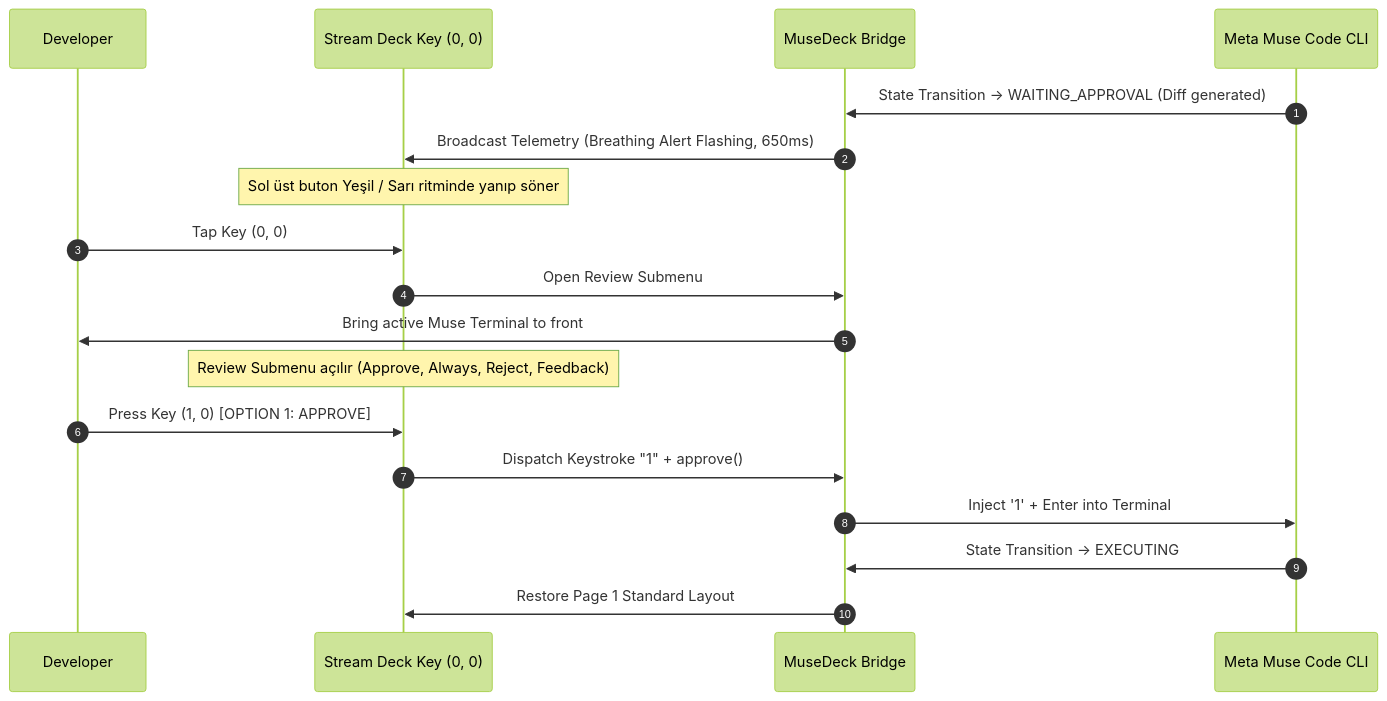
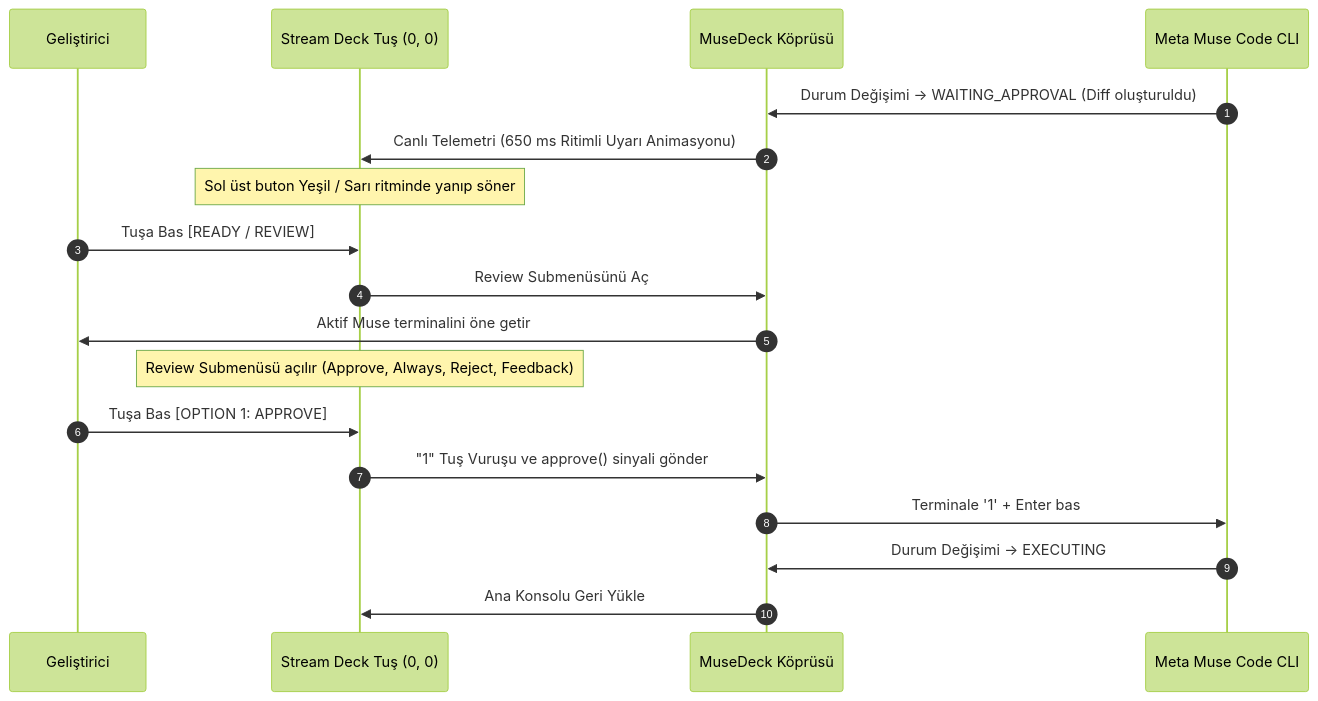
The third of 3 diagrams in README.md (memetcircus/musedeck), drawn with Mermaid (forest theme) before and after one commit. The commit also changed other lines of this file and 5 other files, not shown here.

Commit message:
docs: enrich README with full submenu guides, visual assets, and clean human-readable key table

````diff
--- a/README.md
+++ b/README.md
@@ -150,21 +236,21 @@
 ```mermaid
 sequenceDiagram
     autonumber
-    participant Dev as Developer
-    participant SD as Stream Deck Key (0, 0)
-    participant Server as MuseDeck Bridge
+    participant Dev as Geliştirici
+    participant SD as Stream Deck Tuş (0, 0)
+    participant Server as MuseDeck Köprüsü
     participant Muse as Meta Muse Code CLI
 
-    Muse->>Server: State Transition -> WAITING_APPROVAL (Diff generated)
-    Server->>SD: Broadcast Telemetry (Breathing Alert Flashing, 650ms)
+    Muse->>Server: Durum Değişimi -> WAITING_APPROVAL (Diff oluşturuldu)
+    Server->>SD: Canlı Telemetri (650 ms Ritimli Uyarı Animasyonu)
     Note over SD: Sol üst buton Yeşil / Sarı ritminde yanıp söner
-    Dev->>SD: Tap Key (0, 0)
-    SD->>Server: Open Review Submenu
-    Server->>Dev: Bring active Muse Terminal to front
-    Note over SD: Review Submenu açılır (Approve, Always, Reject, Feedback)
-    Dev->>SD: Press Key (1, 0) [OPTION 1: APPROVE]
-    SD->>Server: Dispatch Keystroke "1" + approve()
-    Server->>Muse: Inject '1' + Enter into Terminal
-    Muse->>Server: State Transition -> EXECUTING
-    Server->>SD: Restore Page 1 Standard Layout
+    Dev->>SD: Tuşa Bas [READY / REVIEW]
+    SD->>Server: Review Submenüsünü Aç
+    Server->>Dev: Aktif Muse terminalini öne getir
+    Note over SD: Review Submenüsü açılır (Approve, Always, Reject, Feedback)
+    Dev->>SD: Tuşa Bas [OPTION 1: APPROVE]
+    SD->>Server: "1" Tuş Vuruşu ve approve() sinyali gönder
+    Server->>Muse: Terminale '1' + Enter bas
+    Muse->>Server: Durum Değişimi -> EXECUTING
+    Server->>SD: Ana Konsolu Geri Yükle
 ```
````
